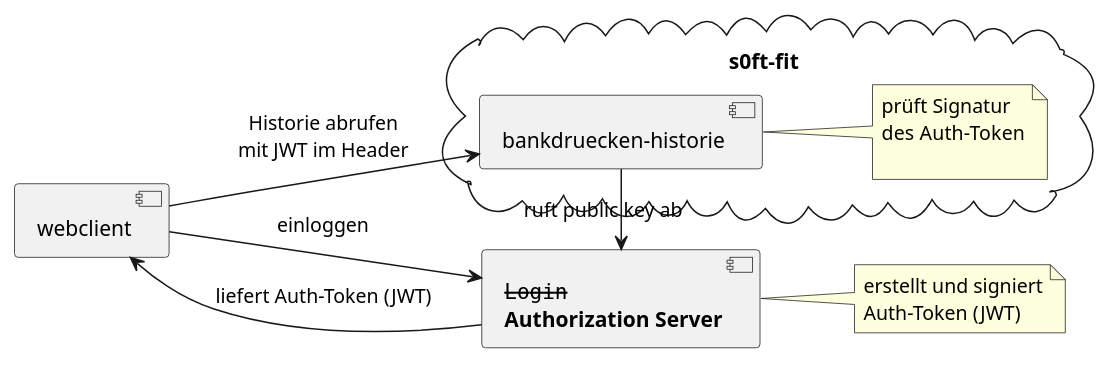
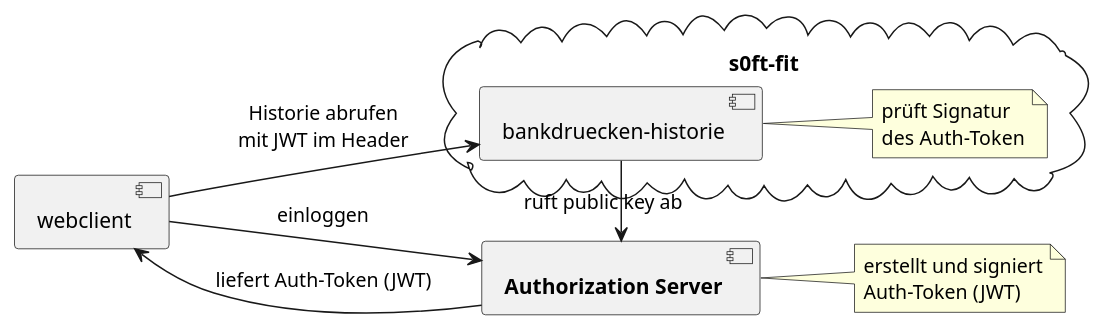
Before and after one commit to gaerfield/2021-08-oauth2-talk: the second of 2 diagrams in 4_identity-provider.md, drawn with PlantUML. The commit also changed other lines of this file and 4 other files, not shown here.

````diff
--- a/4_identity-provider.md
+++ b/4_identity-provider.md
@@ -61,25 +61,24 @@
 ```puml
 left to right direction
 
 component webclient
-component """--Login--""\n**Authorization Server**" as Login
+component "**Authorization Server**" as Login
 note right of [Login]
 erstellt und signiert
 Auth-Token (JWT)
 end note
 
 cloud "s0ft-fit" {
   component "bankdruecken-historie" as his
   note right of [his]
     prüft Signatur
     des Auth-Token
-
   end note
 
   webclient --> Login: einloggen
   webclient --> his : Historie abrufen\nmit JWT im Header
   webclient <-- Login : liefert Auth-Token (JWT)
 
   his -> Login : ruft public key ab
 }
 ```
````
